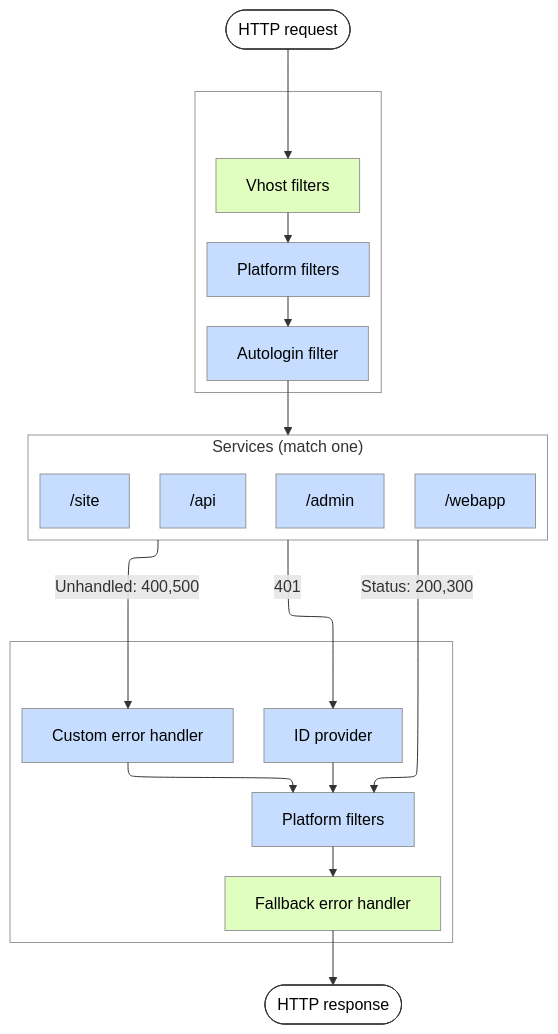
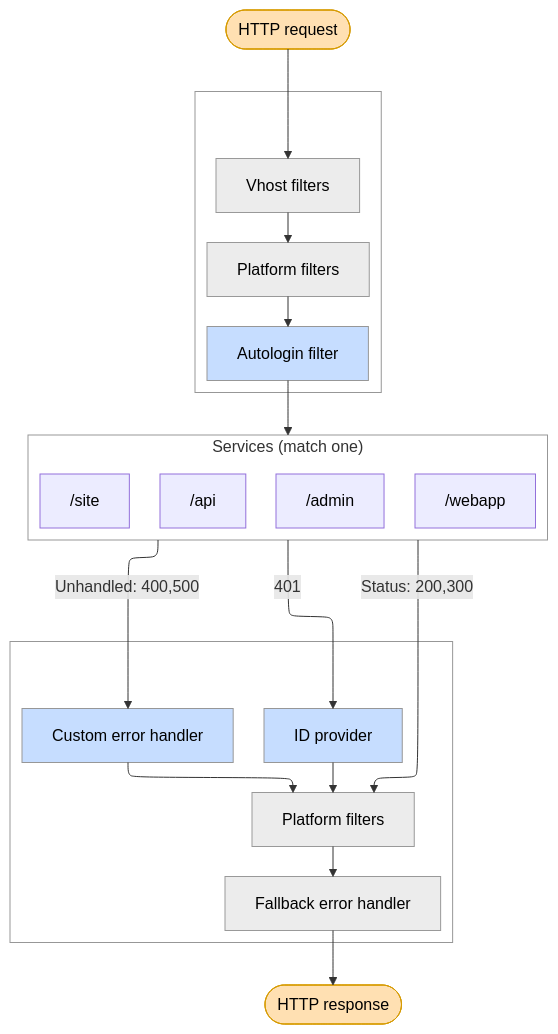
The diagram in docs/web/images/.common-pipeline.mmd (enonic/doc-code), drawn with Mermaid before and after one commit. The commit also changed 36 other files, not shown here.

Commit message:
flow charts and major work

```diff
--- a/docs/web/images/.common-pipeline.mmd
+++ b/docs/web/images/.common-pipeline.mmd
@@ -1,48 +1,50 @@
 ---
 config:
   layout: elk
   elk:
     nodePlacementStrategy: NETWORK_SIMPLEX
 ---
 flowchart TB
   req(["HTTP request"])
 
   subgraph pre[" "]
     direction LR
     vhost["Vhost filters"] --> pfilt["Platform filters"] --> auto["Autologin filter"]
   end
 
   subgraph services["Services (match one)"]
     direction LR
     api["/api"]
     admin["/admin"]
     site["/site"]
     webapp["/webapp"]
   end
 
   subgraph post[" "]
     direction LR
     auth["ID provider"] --> rfilt["Platform filters"]
     err["Custom error handler"] --> rfilt
     rfilt --> stderr["Fallback error handler"]
   end
 
   out(["HTTP response"])
 
   req --> vhost
   auto --> services
   services -->|401| auth
   services -->|"Unhandled: 400,500"| err
   services -->|"Status: 200,300"| rfilt
   stderr --> out
 
-  classDef configurable fill:#DFFEC0,stroke:#979797,color:#000;
+  classDef platform fill:#ECECEC,stroke:#999,color:#000;
   classDef programmable fill:#C6DDFF,stroke:#979797,color:#000;
-  classDef endpoint fill:#FFFFFF,stroke:#333,color:#000;
-  class vhost,stderr configurable;
-  class auth,err,admin,pfilt,auto,rfilt,api,site,webapp programmable;
+  classDef service fill:#ECECFF,stroke:#9370DB,color:#000;
+  classDef endpoint fill:#FFE0B2,stroke:#D79B00,color:#000;
+  class vhost,pfilt,rfilt,stderr platform;
+  class auth,err,auto programmable;
+  class api,admin,site,webapp service;
   class req,out endpoint;
 
   style pre fill:transparent,stroke:#979797;
   style services fill:transparent,stroke:#979797;
   style post fill:transparent,stroke:#979797;
```
